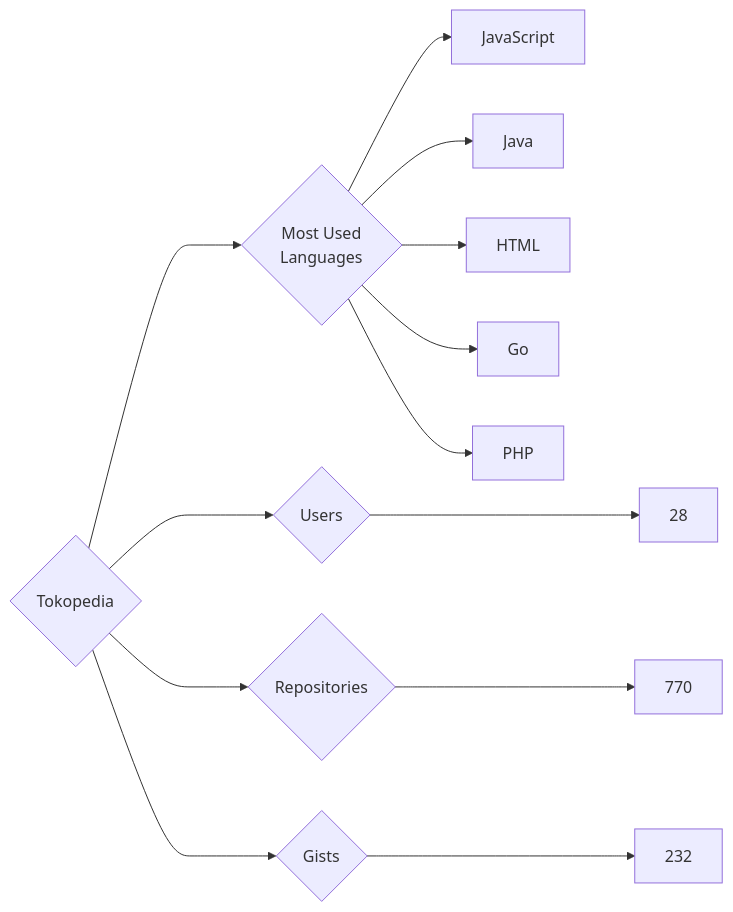
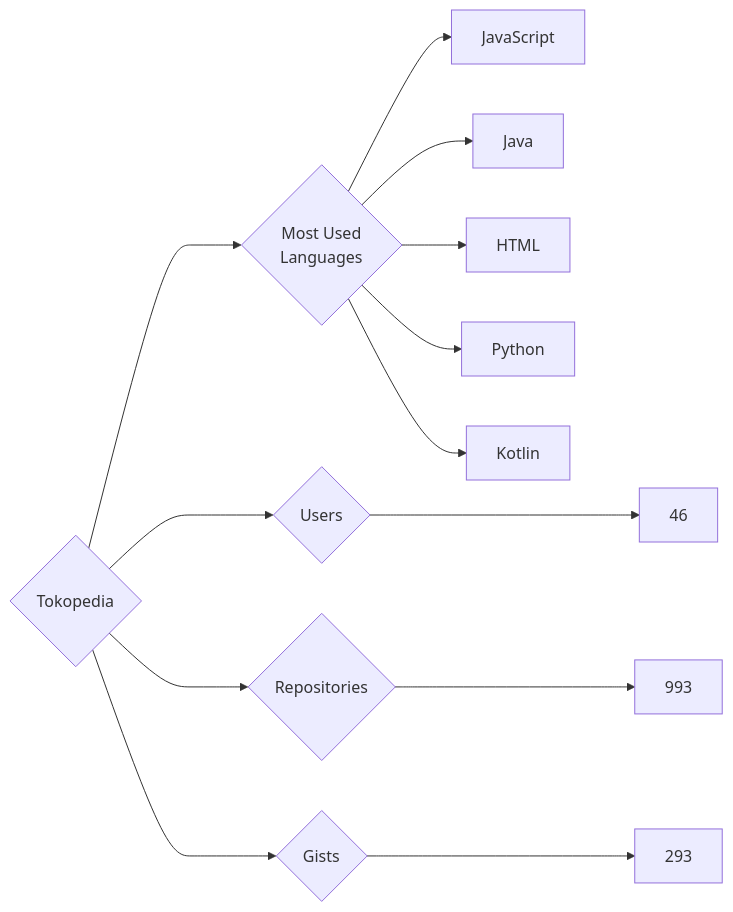
One commit to trickest/insiders changed the diagram in targets/Tokopedia/README.md. Above: the diagram before and after it, drawn with Mermaid. The commit also changed 878 other files, not shown here.

````diff
--- a/targets/Tokopedia/README.md
+++ b/targets/Tokopedia/README.md
@@ -3,13 +3,13 @@
 ```mermaid
 graph LR
 COMPANY_NAME{Tokopedia}
-COMPANY_NAME ---> U{Users} ---> UN[28]
-COMPANY_NAME ---> R{Repositories} ---> RN[770]
-COMPANY_NAME ---> G{Gists} ---> GN[232]
+COMPANY_NAME ---> U{Users} ---> UN[46]
+COMPANY_NAME ---> R{Repositories} ---> RN[993]
+COMPANY_NAME ---> G{Gists} ---> GN[293]
 COMPANY_NAME ---> ML{Most Used<br>Languages}
 ML --> JavaScript[JavaScript]
 ML --> Java[Java]
 ML --> HTML[HTML]
-ML --> Go[Go]
-ML --> PHP[PHP]
+ML --> Python[Python]
+ML --> Kotlin[Kotlin]
 ```
````
